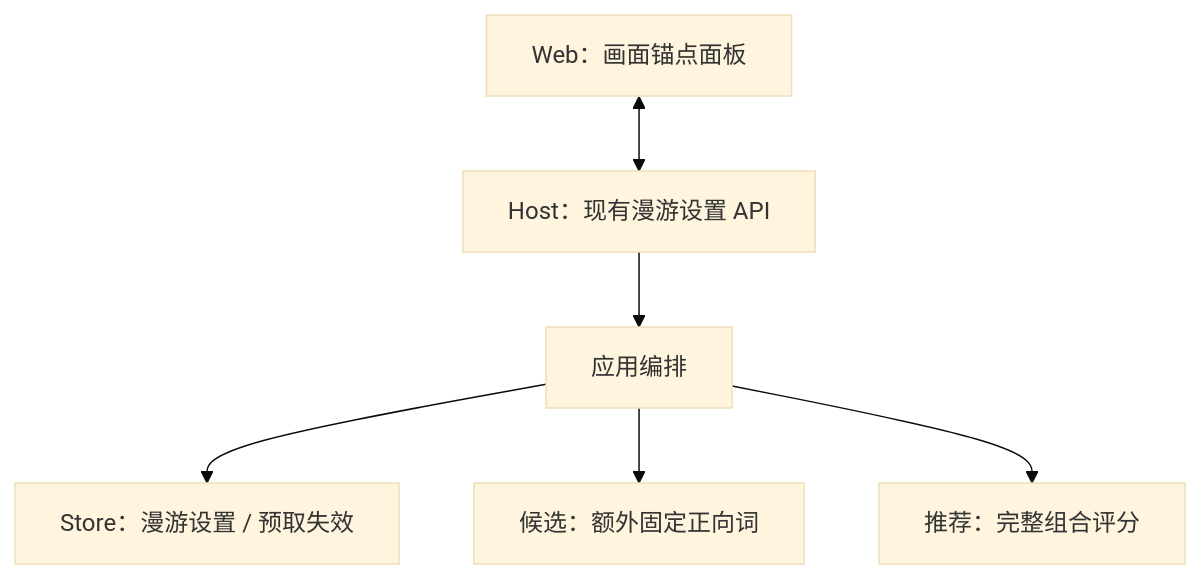
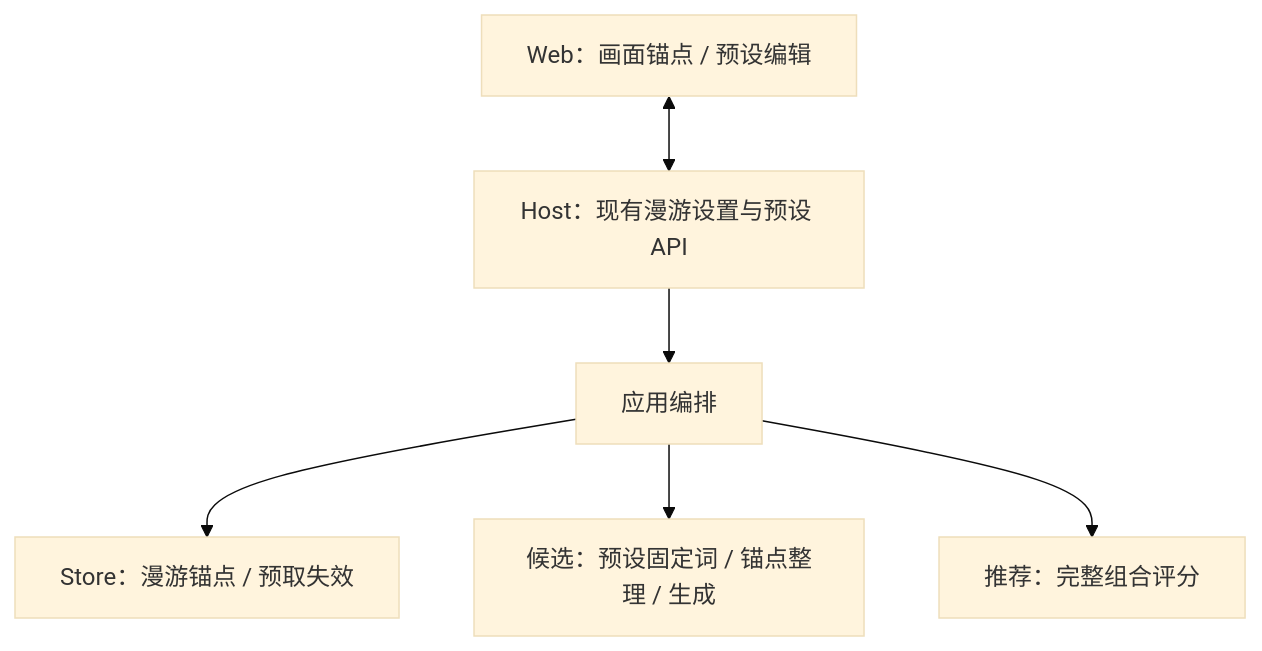
The first of 2 diagrams in docs/roam-anchors.md (Lykr/pictide), drawn with Mermaid (base theme) before and after one commit. The commit also changed other lines of this file, not shown here.

````diff
--- a/docs/roam-anchors.md
+++ b/docs/roam-anchors.md
@@ -9,14 +9,14 @@
 ```mermaid
 flowchart TD
-    UI["Web：画面锚点面板"]
-    Host["Host：现有漫游设置 API"]
+    UI["Web：画面锚点 / 预设编辑"]
+    Host["Host：现有漫游设置与预设 API"]
     App["应用编排"]
-    Store["Store：漫游设置 / 预取失效"]
-    Candidate["候选：额外固定正向词"]
+    Store["Store：漫游锚点 / 预取失效"]
+    Candidate["候选：预设固定词 / 锚点整理 / 生成"]
     Rec["推荐：完整组合评分"]
     UI <--> Host
     Host --> App
     App --> Store
     App --> Candidate
     App --> Rec
 ```
````
